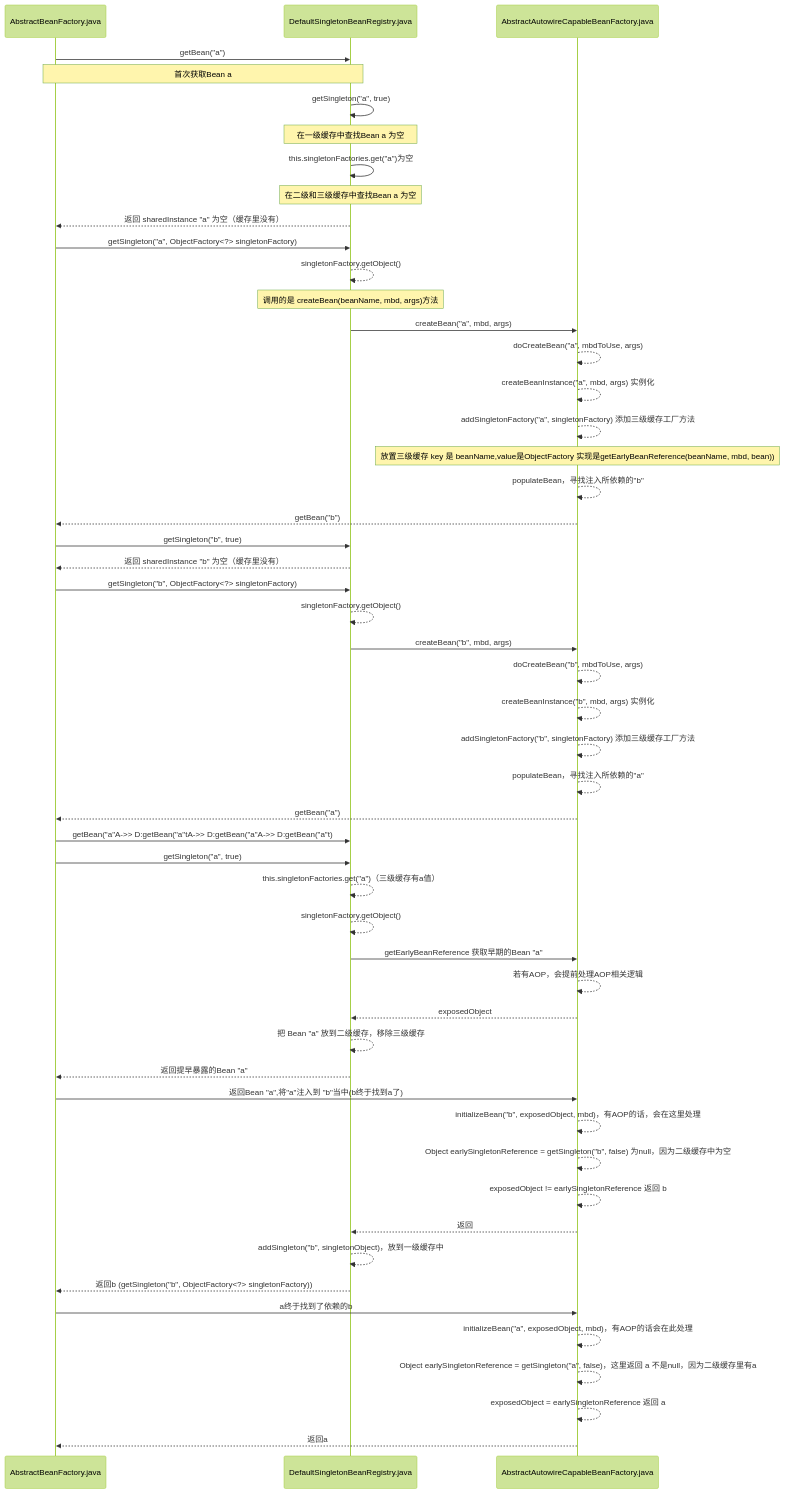
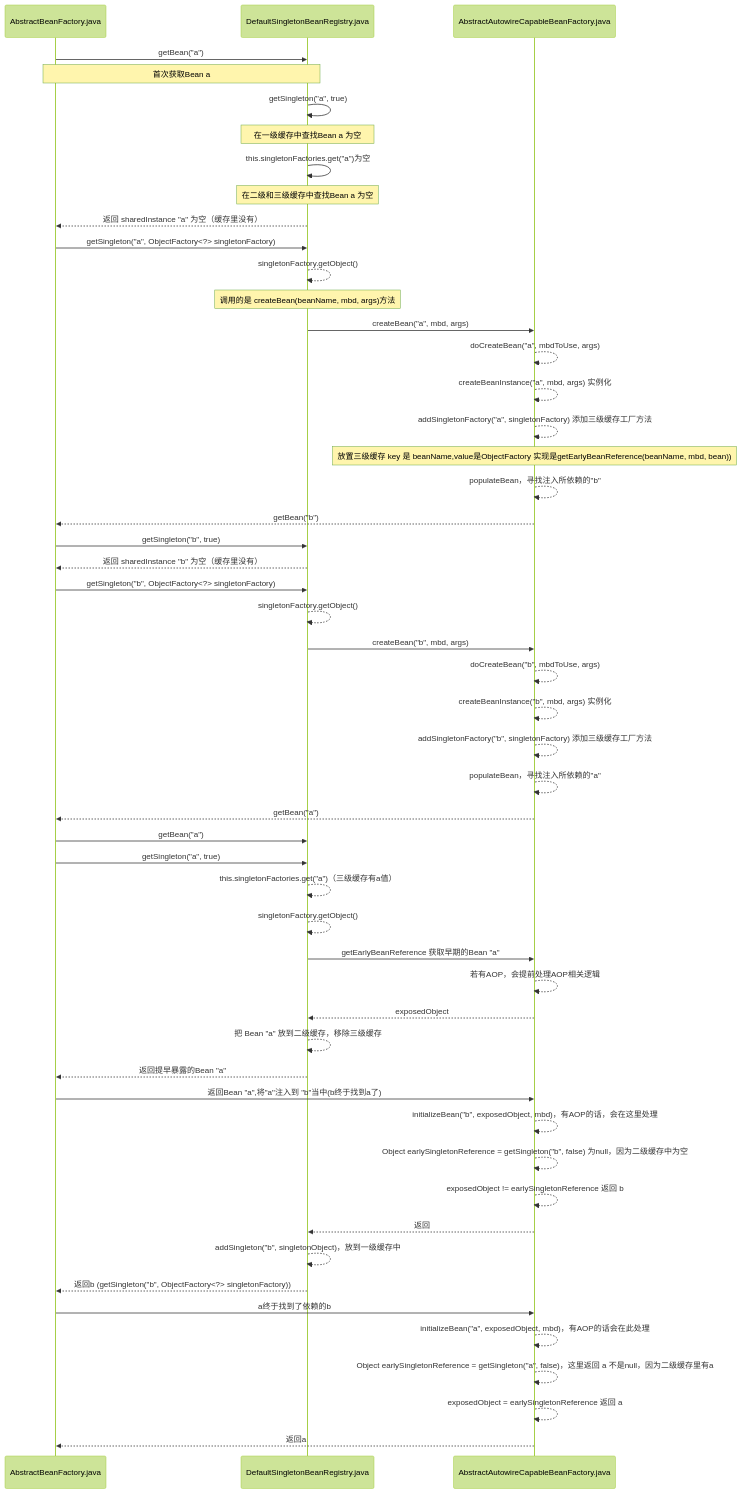
One commit to bruce54110/free-blog changed the second of 2 diagrams in docs/work/spring/spring-circular-dependency.md. Above: the diagram before and after it, drawn with Mermaid (forest theme). The commit also changed 2 other files, not shown here.

````diff
--- a/docs/work/spring/spring-circular-dependency.md
+++ b/docs/work/spring/spring-circular-dependency.md
@@ -48,56 +48,56 @@
 ```mermaid
 sequenceDiagram;
     # 起别名
     participant A as AbstractBeanFactory.java
     participant D as DefaultSingletonBeanRegistry.java
     participant AF as AbstractAutowireCapableBeanFactory.java
     # 开始画时序图
     A->>D:getBean("a")
     Note over A,D: 首次获取Bean a
     D->>D:getSingleton("a", true)
     Note over D,D:在一级缓存中查找Bean a 为空
     D ->> D:this.singletonFactories.get("a")为空
     Note over D,D:在二级和三级缓存中查找Bean a 为空
     D-->>A: 返回 sharedInstance "a" 为空（缓存里没有）
     A->>D: getSingleton("a", ObjectFactory<?> singletonFactory)
     D -->> D: singletonFactory.getObject()
     Note over D,D: 调用的是 createBean(beanName, mbd, args)方法
     D->>AF: createBean("a", mbd, args)
     AF-->>AF: doCreateBean("a", mbdToUse, args)
     AF-->>AF:createBeanInstance("a", mbd, args) 实例化
     AF-->>AF:addSingletonFactory("a", singletonFactory) 添加三级缓存工厂方法
     Note over AF: 放置三级缓存 key 是 beanName,value是ObjectFactory 实现是getEarlyBeanReference(beanName, mbd, bean))
     AF-->>AF:populateBean，寻找注入所依赖的"b"
     AF-->> A: getBean("b")
     A->>D:getSingleton("b", true)
     D-->>A: 返回 sharedInstance "b" 为空（缓存里没有）
     A->>D: getSingleton("b", ObjectFactory<?> singletonFactory)
     D -->> D: singletonFactory.getObject()
     D->>AF: createBean("b", mbd, args)
     AF-->>AF: doCreateBean("b", mbdToUse, args)
     AF-->> AF:createBeanInstance("b", mbd, args) 实例化
     AF-->> AF:addSingletonFactory("b", singletonFactory) 添加三级缓存工厂方法
     AF-->> AF:populateBean，寻找注入所依赖的"a"
     AF -->> A: getBean("a")
-    A->> D:getBean("a"A->> D:getBean("a"tA->> D:getBean("a"A->> D:getBean("a"t)
+    A->> D:getBean("a")
     A->>D:getSingleton("a", true)
         D -->>D:this.singletonFactories.get("a")（三级缓存有a值）
     D -->> D:singletonFactory.getObject()
     D->> AF: getEarlyBeanReference 获取早期的Bean "a"
     AF -->> AF: 若有AOP，会提前处理AOP相关逻辑
     AF -->> D: exposedObject
     D -->>D: 把 Bean "a" 放到二级缓存，移除三级缓存
     D -->> A:返回提早暴露的Bean "a"
     A ->> AF: 返回Bean "a",将"a"注入到 "b"当中(b终于找到a了)
     AF -->> AF:initializeBean("b", exposedObject, mbd)，有AOP的话，会在这里处理
     AF-->>AF:Object earlySingletonReference = getSingleton("b", false) 为null，因为二级缓存中为空
     AF-->>AF:exposedObject != earlySingletonReference 返回 b
     AF -->> D:返回
     D -->> D:addSingleton("b", singletonObject)，放到一级缓存中
     D -->> A: 返回b (getSingleton("b", ObjectFactory<?> singletonFactory))
     A ->> AF: a终于找到了依赖的b
     AF -->> AF:initializeBean("a", exposedObject, mbd)，有AOP的话会在此处理
     AF-->>AF:Object earlySingletonReference = getSingleton("a", false)，这里返回 a 不是null，因为二级缓存里有a
     AF-->>AF:exposedObject = earlySingletonReference 返回 a
     AF -->> A:返回a 
 ```
````
